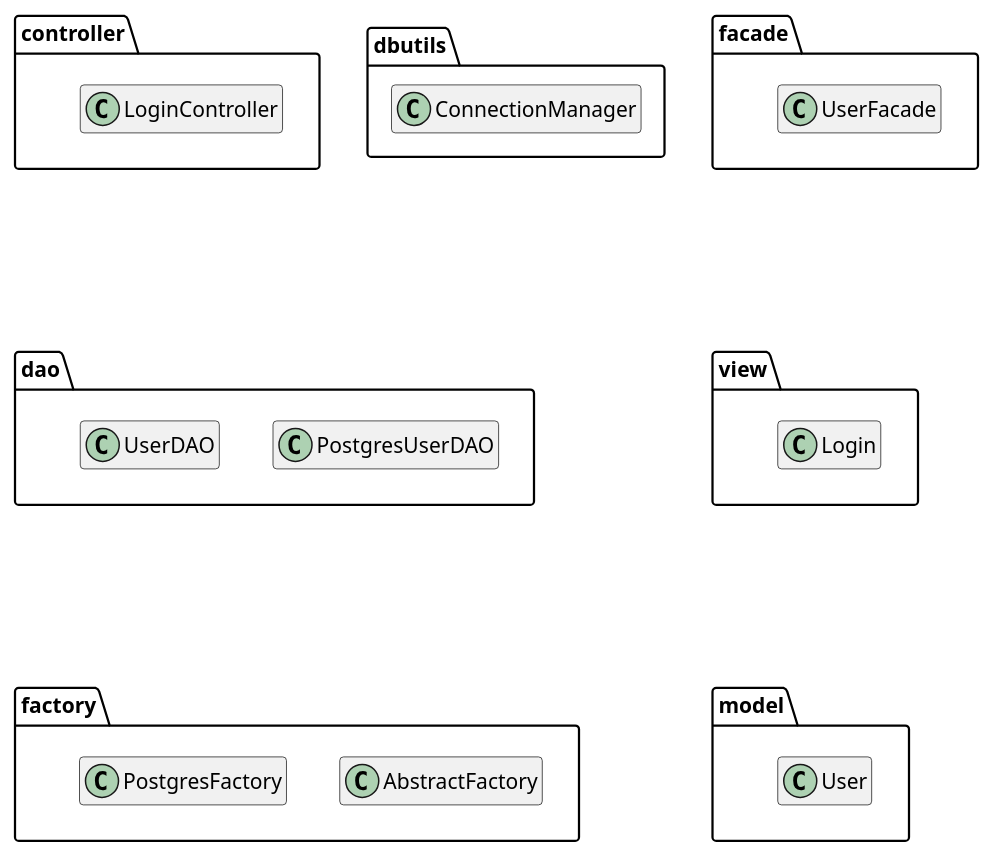
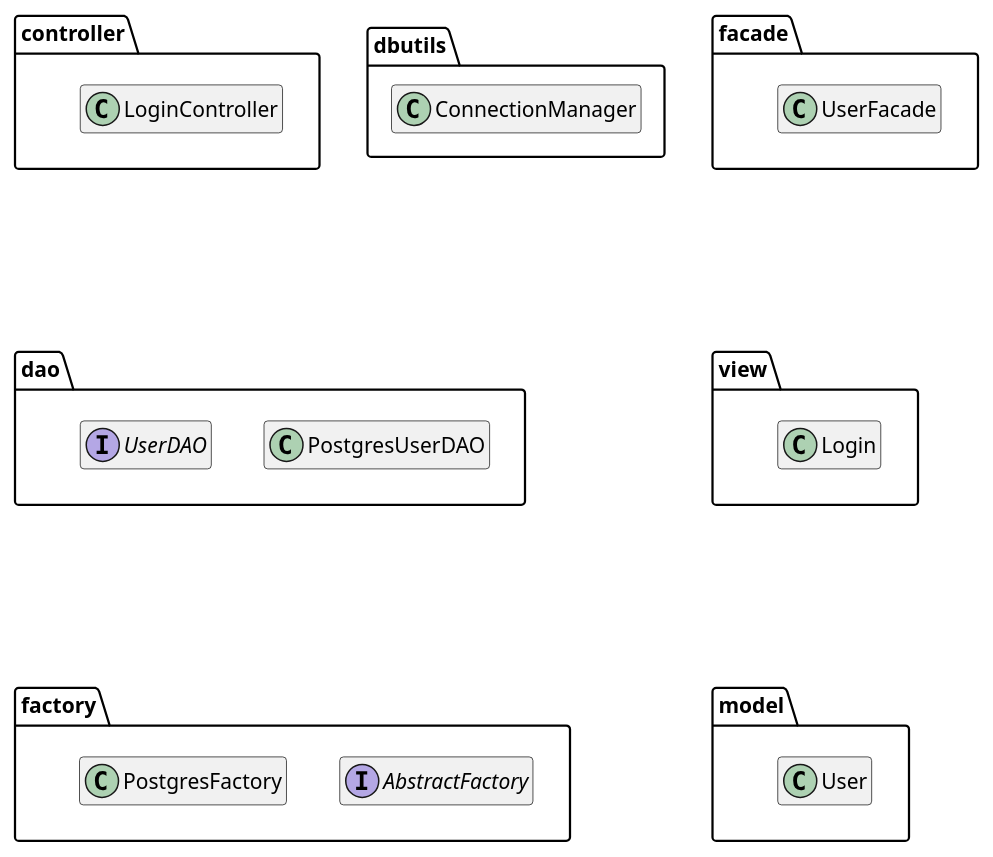
One commit to iusildra/WineCellar changed the diagram in doc/reports/prototype/plantuml/packageDiagram.plantuml. Above: the diagram before and after it, drawn with PlantUML. The commit also changed 2 other files, not shown here.

Commit message:
diagramm for recipe management

```diff
--- a/doc/reports/prototype/plantuml/packageDiagram.plantuml
+++ b/doc/reports/prototype/plantuml/packageDiagram.plantuml
@@ -1,37 +1,37 @@
 @startuml packageDiagram
 hide empty members
 package  controller{
   class LoginController
 }
 
 package dao{
   class PostgresUserDAO
-  class UserDAO
+  interface UserDAO
 }
 
 package dbutils{
   class ConnectionManager
 }
 
 package facade{
   class UserFacade
 }
 
 package factory{
-  class AbstractFactory
+  interface AbstractFactory
   class PostgresFactory
 }
 
 package model{
   class User
 }
 
 package view{
   class Login
 }
 controller --[hidden]d-- dao
 facade --[hidden]d-- view
 dao --[hidden]d-- factory
 view --[hidden]d-- model
 
 @enduml
```
